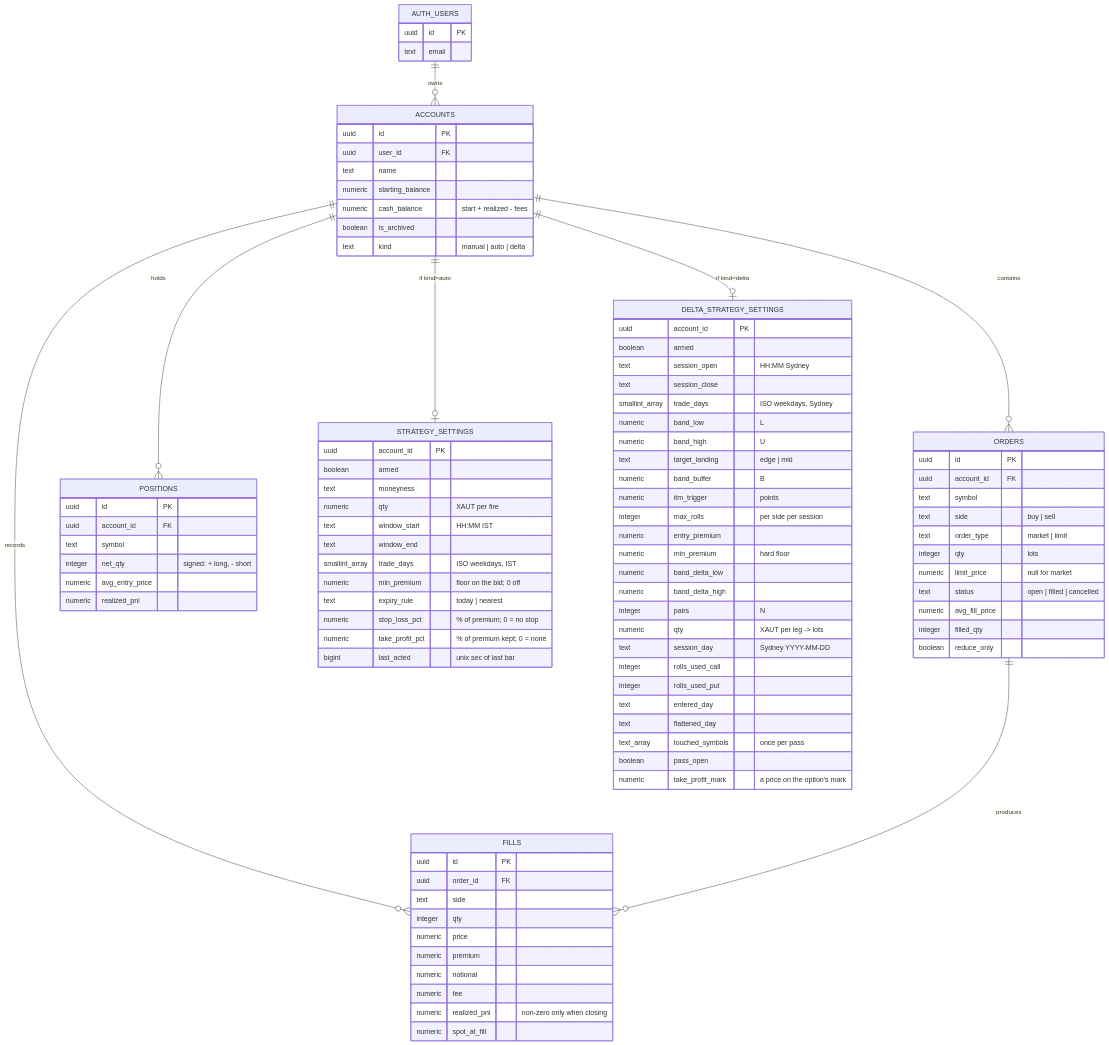
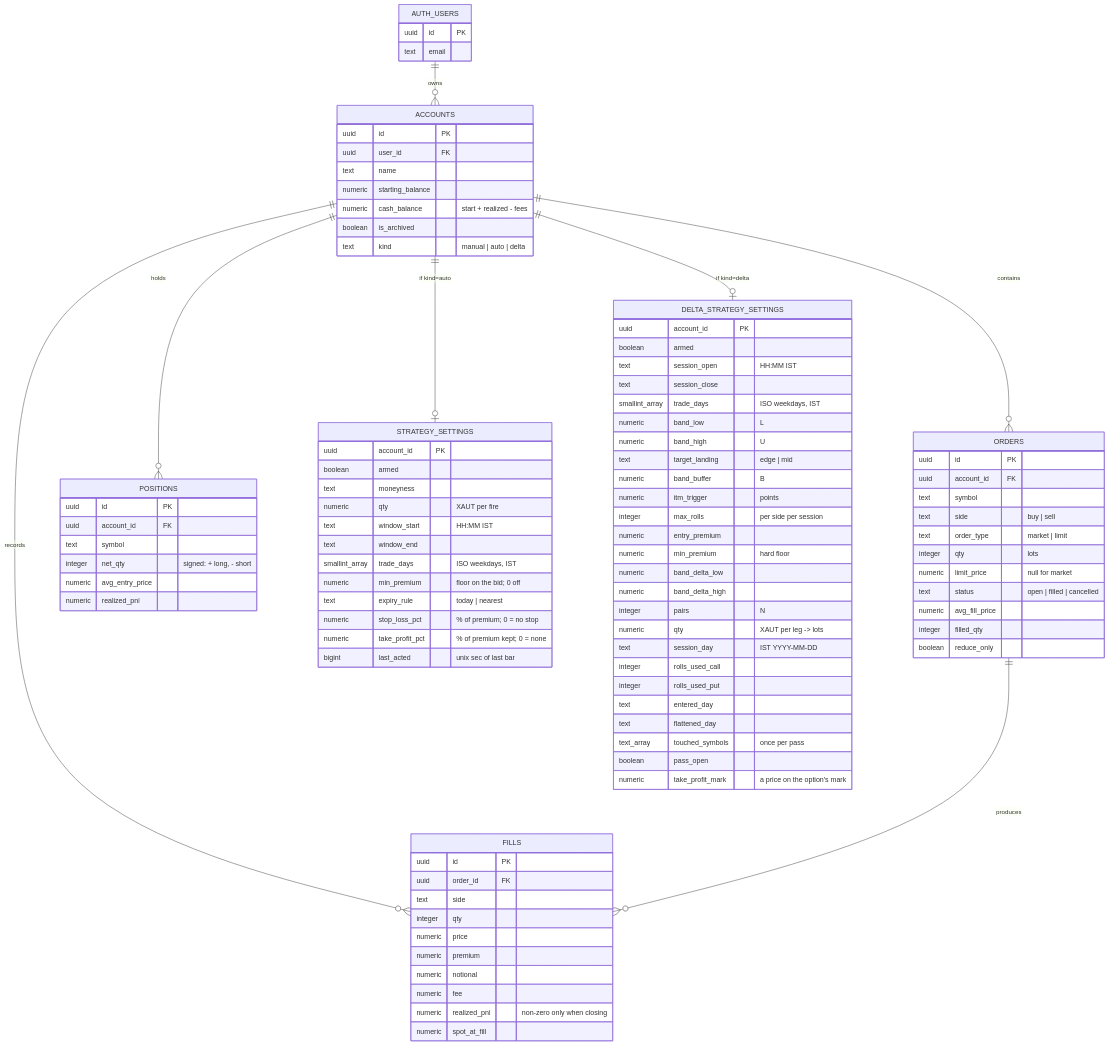
Before and after one commit to Vitti-Capital-Tech/XAUT-Options: the first of 6 diagrams in docs/LLD.md, drawn with Mermaid. The commit also changed other lines of this file and 7 other files, not shown here.

```diff
--- a/docs/LLD.md
+++ b/docs/LLD.md
@@ -81,9 +81,9 @@
     DELTA_STRATEGY_SETTINGS {
         uuid account_id PK
         boolean armed
-        text session_open "HH:MM Sydney"
+        text session_open "HH:MM IST"
         text session_close
-        smallint_array trade_days "ISO weekdays, Sydney"
+        smallint_array trade_days "ISO weekdays, IST"
         numeric band_low "L"
         numeric band_high "U"
         text target_landing "edge | mid"
@@ -96,7 +96,7 @@
         numeric band_delta_high
         integer pairs "N"
         numeric qty "XAUT per leg -> lots"
-        text session_day "Sydney YYYY-MM-DD"
+        text session_day "IST YYYY-MM-DD"
         integer rolls_used_call
         integer rolls_used_put
         text entered_day
```
